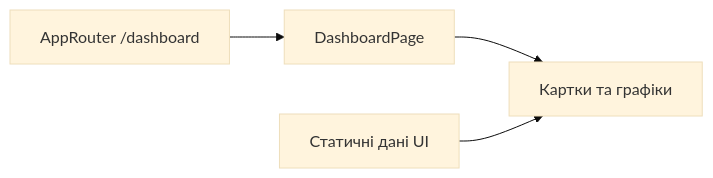
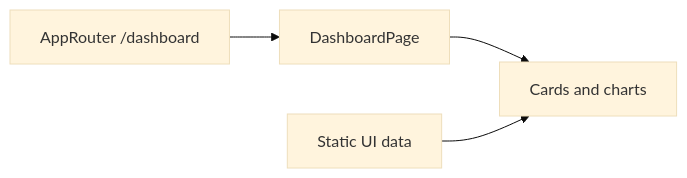
One commit to Weretik/kedr-web changed the diagram in docs/features/admin/dashboard.md. Above: the diagram before and after it, drawn with Mermaid (base theme). The commit also changed other lines of this file and 95 other files, not shown here.

Commit message:
docs(frontend): reconcile architecture and feature guidance

````diff
--- a/docs/features/admin/dashboard.md
+++ b/docs/features/admin/dashboard.md
@@ -11,6 +11,6 @@
 ```mermaid
 flowchart LR
   Route["AppRouter /dashboard"] --> Page["DashboardPage"]
-  Page --> Widgets["Картки та графіки"]
-  Static["Статичні дані UI"] --> Widgets
+  Page --> Widgets["Cards and charts"]
+  Static["Static UI data"] --> Widgets
 ```
````
